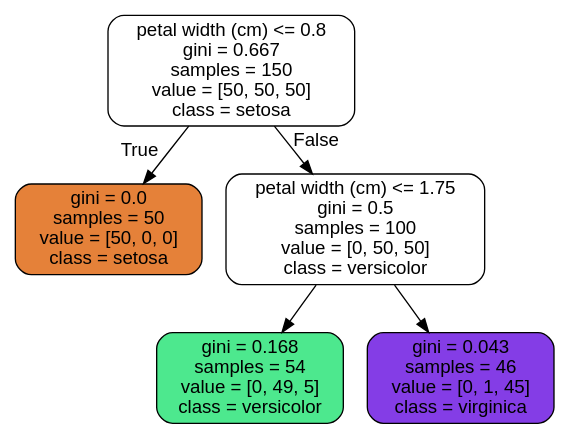
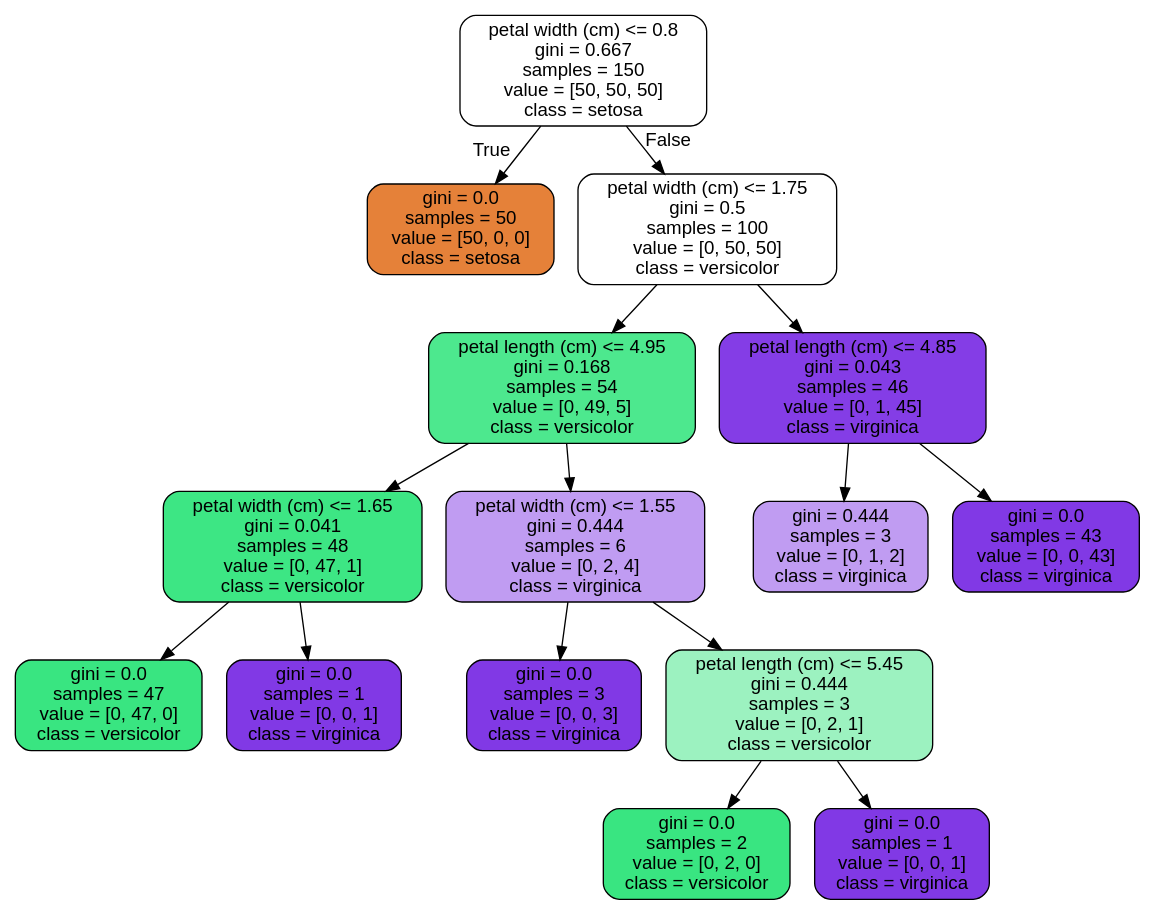
One commit to kaladabrio2020/livro-aprendizado-de-maquina-sklearn-keras-tf changed the diagram in Parte I..: Os Conceitos Básicos de Aprendizado de Máquina/Capítulo 6 - Árvore de Decisão/img/Iris.dot. Above: the diagram before and after it, drawn with Graphviz. The commit also changed 6 other files, not shown here.

```diff
--- a/Parte I..: Os Conceitos Básicos de Aprendizado de Máquina/Capítulo 6 - Árvore de Decisão/img/Iris.dot
+++ b/Parte I..: Os Conceitos Básicos de Aprendizado de Máquina/Capítulo 6 - Árvore de Decisão/img/Iris.dot
@@ -1,13 +1,33 @@
 digraph Tree {
 node [shape=box, style="filled, rounded", color="black", fontname="helvetica"] ;
 edge [fontname="helvetica"] ;
 0 [label="petal width (cm) <= 0.8\ngini = 0.667\nsamples = 150\nvalue = [50, 50, 50]\nclass = setosa", fillcolor="#ffffff"] ;
 1 [label="gini = 0.0\nsamples = 50\nvalue = [50, 0, 0]\nclass = setosa", fillcolor="#e58139"] ;
 0 -> 1 [labeldistance=2.5, labelangle=45, headlabel="True"] ;
 2 [label="petal width (cm) <= 1.75\ngini = 0.5\nsamples = 100\nvalue = [0, 50, 50]\nclass = versicolor", fillcolor="#ffffff"] ;
 0 -> 2 [labeldistance=2.5, labelangle=-45, headlabel="False"] ;
-3 [label="gini = 0.168\nsamples = 54\nvalue = [0, 49, 5]\nclass = versicolor", fillcolor="#4de88e"] ;
+3 [label="petal length (cm) <= 4.95\ngini = 0.168\nsamples = 54\nvalue = [0, 49, 5]\nclass = versicolor", fillcolor="#4de88e"] ;
 2 -> 3 ;
-4 [label="gini = 0.043\nsamples = 46\nvalue = [0, 1, 45]\nclass = virginica", fillcolor="#843de6"] ;
-2 -> 4 ;
+4 [label="petal width (cm) <= 1.65\ngini = 0.041\nsamples = 48\nvalue = [0, 47, 1]\nclass = versicolor", fillcolor="#3de684"] ;
+3 -> 4 ;
+5 [label="gini = 0.0\nsamples = 47\nvalue = [0, 47, 0]\nclass = versicolor", fillcolor="#39e581"] ;
+4 -> 5 ;
+6 [label="gini = 0.0\nsamples = 1\nvalue = [0, 0, 1]\nclass = virginica", fillcolor="#8139e5"] ;
+4 -> 6 ;
+7 [label="petal width (cm) <= 1.55\ngini = 0.444\nsamples = 6\nvalue = [0, 2, 4]\nclass = virginica", fillcolor="#c09cf2"] ;
+3 -> 7 ;
+8 [label="gini = 0.0\nsamples = 3\nvalue = [0, 0, 3]\nclass = virginica", fillcolor="#8139e5"] ;
+7 -> 8 ;
+9 [label="petal length (cm) <= 5.45\ngini = 0.444\nsamples = 3\nvalue = [0, 2, 1]\nclass = versicolor", fillcolor="#9cf2c0"] ;
+7 -> 9 ;
+10 [label="gini = 0.0\nsamples = 2\nvalue = [0, 2, 0]\nclass = versicolor", fillcolor="#39e581"] ;
+9 -> 10 ;
+11 [label="gini = 0.0\nsamples = 1\nvalue = [0, 0, 1]\nclass = virginica", fillcolor="#8139e5"] ;
+9 -> 11 ;
+12 [label="petal length (cm) <= 4.85\ngini = 0.043\nsamples = 46\nvalue = [0, 1, 45]\nclass = virginica", fillcolor="#843de6"] ;
+2 -> 12 ;
+13 [label="gini = 0.444\nsamples = 3\nvalue = [0, 1, 2]\nclass = virginica", fillcolor="#c09cf2"] ;
+12 -> 13 ;
+14 [label="gini = 0.0\nsamples = 43\nvalue = [0, 0, 43]\nclass = virginica", fillcolor="#8139e5"] ;
+12 -> 14 ;
 }
```
